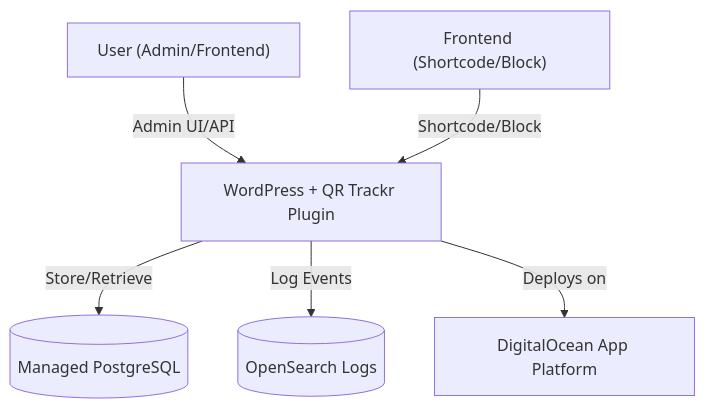
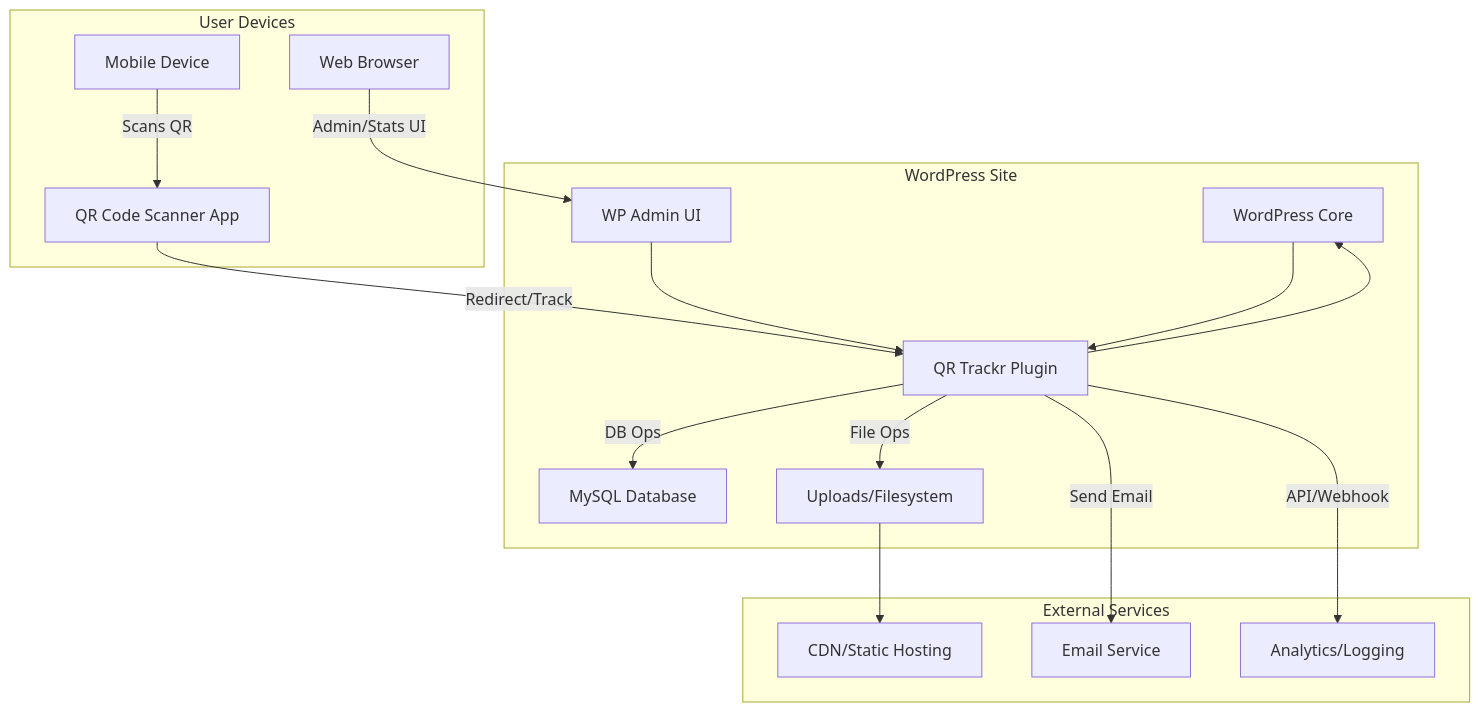
Before and after one commit to solidsystems/wp-qr-trackr: the diagram in README.md, drawn with Mermaid. The commit also changed other lines of this file and 2 other files, not shown here.

Commit message:
docs: expand architecture documentation and update TODOs\n\n- Adds ARCHITECTURE.md with overview and diagram.\n- Links from README.md.\n- Adds TODOs for sequence diagrams, deployment notes, and integration points.

````diff
--- a/README.md
+++ b/README.md
@@ -221,14 +232,34 @@
 ```mermaid
 flowchart TD
-    User["User (Admin/Frontend)"]
-    WP["WordPress + QR Trackr Plugin"]
-    DB[("Managed PostgreSQL")] 
-    OS[("OpenSearch Logs")] 
-    DO["DigitalOcean App Platform"]
-    FE["Frontend (Shortcode/Block)"]
-    User -- Admin UI/API --> WP
-    FE -- Shortcode/Block --> WP
-    WP -- Store/Retrieve --> DB
-    WP -- Log Events --> OS
-    WP -- Deploys on --> DO
+  subgraph "WordPress Site"
+    WP["WordPress Core"]
+    Plugin["QR Trackr Plugin"]
+    Admin["WP Admin UI"]
+    DB["MySQL Database"]
+    Files["Uploads/Filesystem"]
+  end
+
+  subgraph "User Devices"
+    UserWeb["Web Browser"]
+    UserMobile["Mobile Device"]
+    QRScan["QR Code Scanner App"]
+  end
+
+  subgraph "External Services"
+    CDN["CDN/Static Hosting"]
+    Email["Email Service"]
+    Analytics["Analytics/Logging"]
+  end
+
+  UserWeb -->|"Admin/Stats UI"| Admin
+  UserMobile -->|"Scans QR"| QRScan
+  QRScan -->|"Redirect/Track"| Plugin
+  Plugin -->|"DB Ops"| DB
+  Plugin -->|"File Ops"| Files
+  Plugin -->|"API/Webhook"| Analytics
+  Plugin -->|"Send Email"| Email
+  Files --> CDN
+  Admin --> Plugin
+  WP --> Plugin
+  Plugin --> WP
 ```
````
